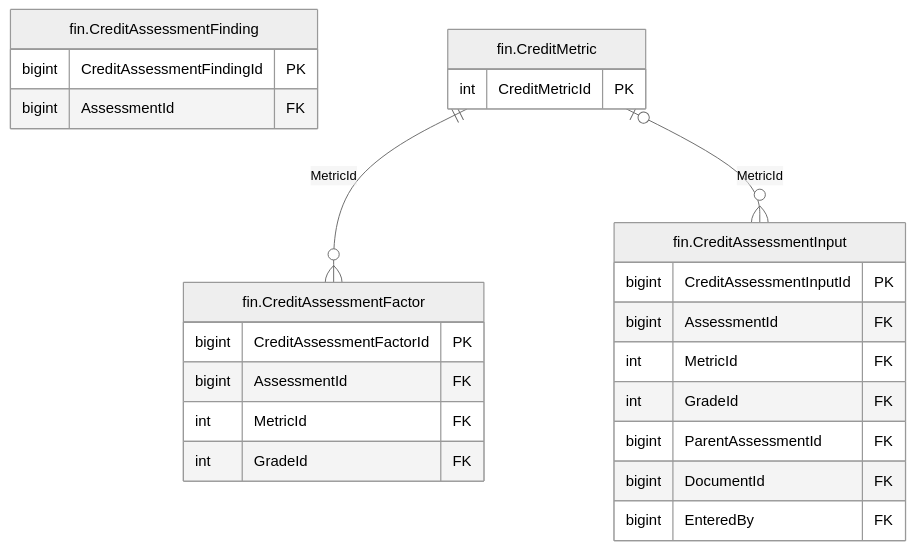
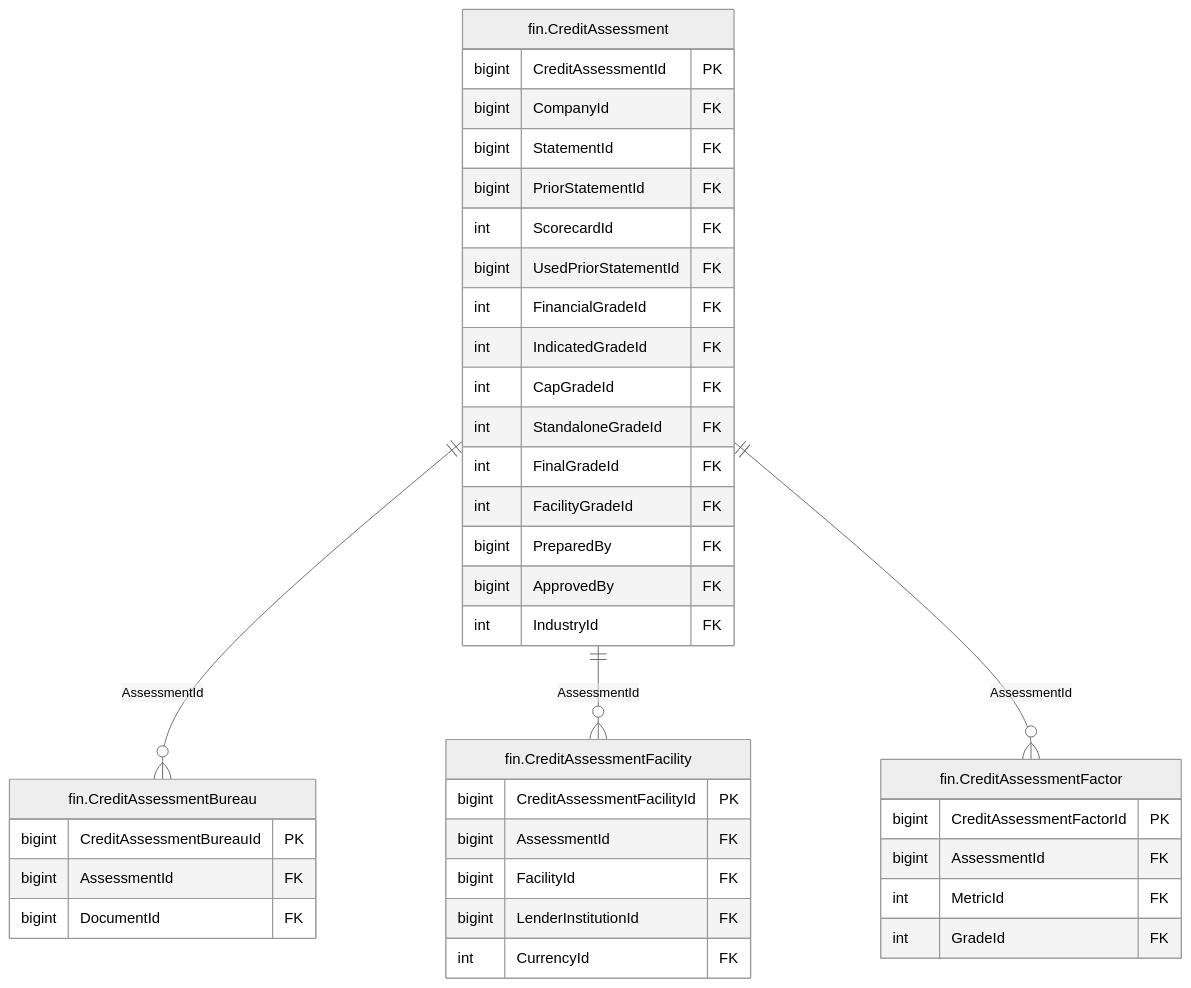
Before and after one commit to thawrasy/smartlines: the diagram in treasury-platform/docs/diagrams/erd/m5_financials_2.mmd, drawn with Mermaid (neutral theme). The commit also changed 201 other files, not shown here.

First line of the commit message:
Credit assessment v2: item by item, linked to the platform, with scenarios and strengthening plans

```diff
--- a/treasury-platform/docs/diagrams/erd/m5_financials_2.mmd
+++ b/treasury-platform/docs/diagrams/erd/m5_financials_2.mmd
@@ -1,26 +1,40 @@
-%% م5 · البيانات المالية والأرصدة (2/5) — Financial statements & balances
+%% م5 · البيانات المالية والأرصدة (2/11) — Financial statements & balances
 erDiagram
+  fin_CreditAssessment["fin.CreditAssessment"] {
+    bigint CreditAssessmentId PK
+    bigint CompanyId FK
+    bigint StatementId FK
+    bigint PriorStatementId FK
+    int ScorecardId FK
+    bigint UsedPriorStatementId FK
+    int FinancialGradeId FK
+    int IndicatedGradeId FK
+    int CapGradeId FK
+    int StandaloneGradeId FK
+    int FinalGradeId FK
+    int FacilityGradeId FK
+    bigint PreparedBy FK
+    bigint ApprovedBy FK
+    int IndustryId FK
+  }
+  fin_CreditAssessmentBureau["fin.CreditAssessmentBureau"] {
+    bigint CreditAssessmentBureauId PK
+    bigint AssessmentId FK
+    bigint DocumentId FK
+  }
+  fin_CreditAssessmentFacility["fin.CreditAssessmentFacility"] {
+    bigint CreditAssessmentFacilityId PK
+    bigint AssessmentId FK
+    bigint FacilityId FK
+    bigint LenderInstitutionId FK
+    int CurrencyId FK
+  }
   fin_CreditAssessmentFactor["fin.CreditAssessmentFactor"] {
     bigint CreditAssessmentFactorId PK
     bigint AssessmentId FK
     int MetricId FK
     int GradeId FK
   }
-  fin_CreditAssessmentFinding["fin.CreditAssessmentFinding"] {
-    bigint CreditAssessmentFindingId PK
-    bigint AssessmentId FK
-  }
-  fin_CreditAssessmentInput["fin.CreditAssessmentInput"] {
-    bigint CreditAssessmentInputId PK
-    bigint AssessmentId FK
-    int MetricId FK
-    int GradeId FK
-    bigint ParentAssessmentId FK
-    bigint DocumentId FK
-    bigint EnteredBy FK
-  }
-  fin_CreditMetric["fin.CreditMetric"] {
-    int CreditMetricId PK
-  }
-  fin_CreditMetric ||--o{ fin_CreditAssessmentFactor : "MetricId"
-  fin_CreditMetric |o--o{ fin_CreditAssessmentInput : "MetricId"
+  fin_CreditAssessment ||--o{ fin_CreditAssessmentBureau : "AssessmentId"
+  fin_CreditAssessment ||--o{ fin_CreditAssessmentFacility : "AssessmentId"
+  fin_CreditAssessment ||--o{ fin_CreditAssessmentFactor : "AssessmentId"
```
